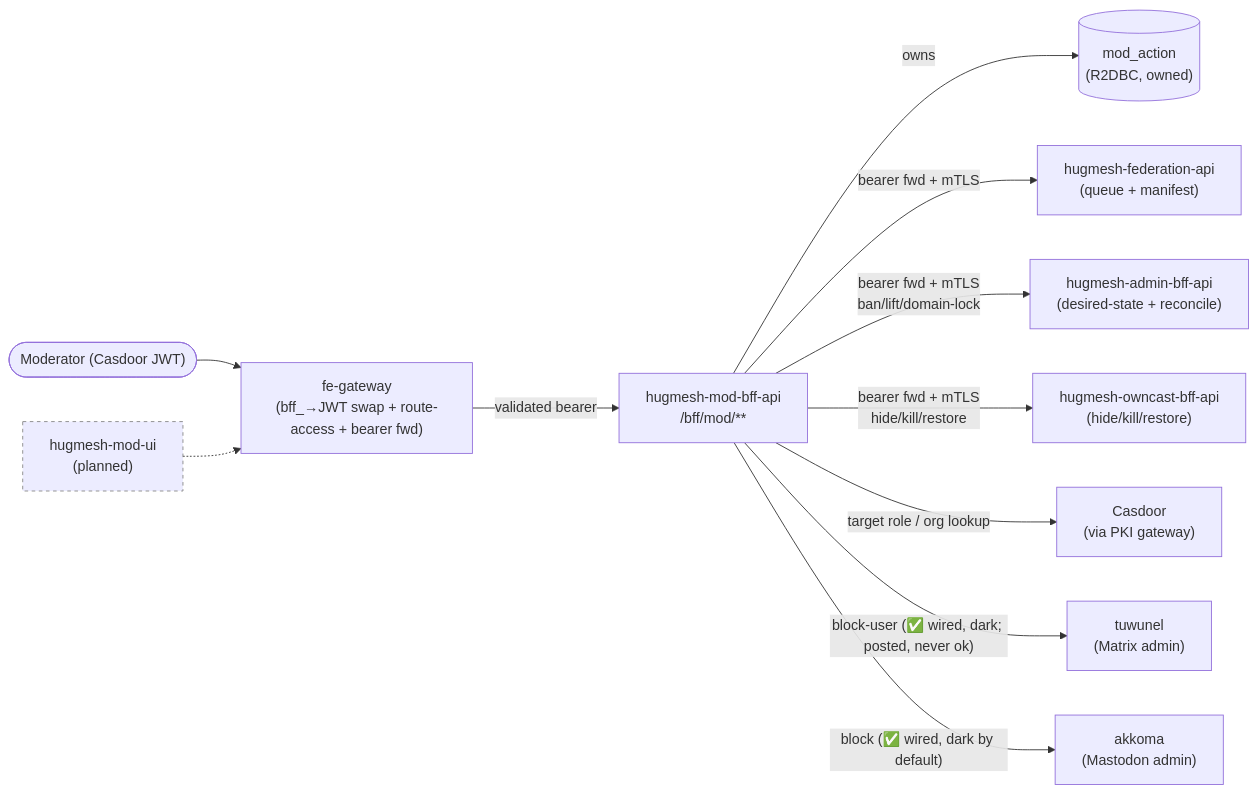
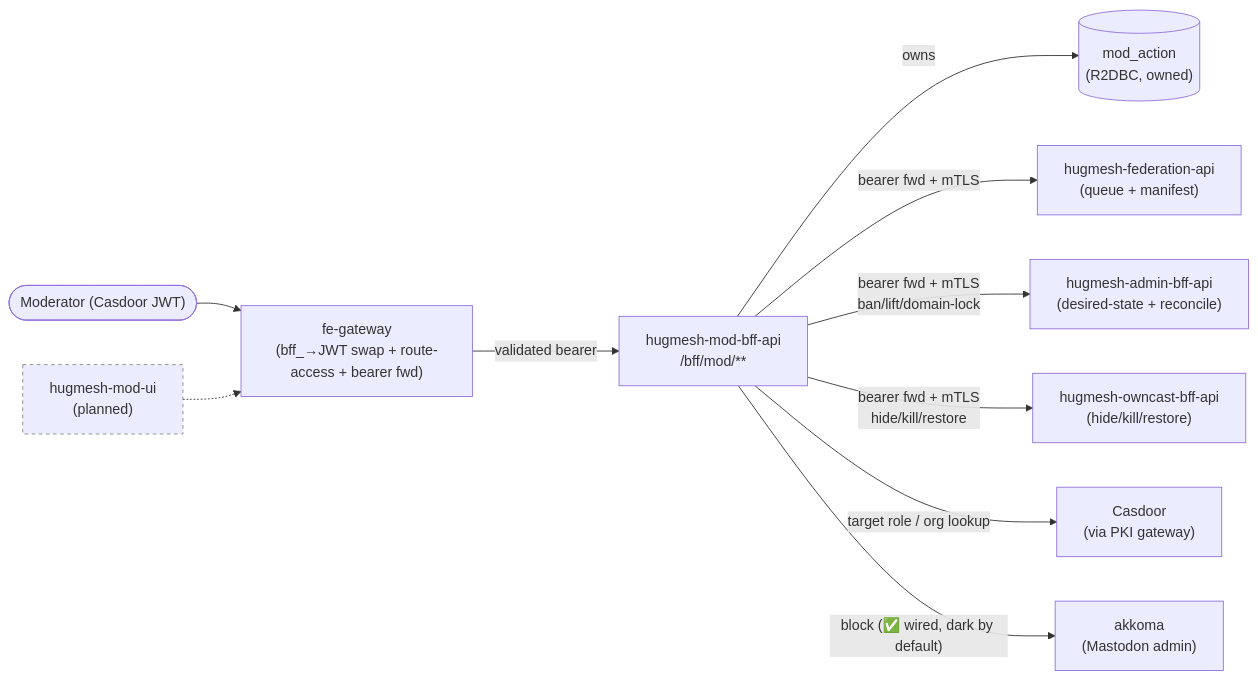
The first of 4 diagrams in README.md (hugmesh/hugmesh-mod-bff-api), drawn with Mermaid before and after one commit. The commit also changed other lines of this file and 8 other files, not shown here.

First line of the commit message:
Retire mod-bff's Matrix user-deactivate transport (decision 83b)

````diff
--- a/README.md
+++ b/README.md
@@ -64,28 +66,26 @@
 ```mermaid
 flowchart LR
     mod(["Moderator (Casdoor JWT)"])
     ui["hugmesh-mod-ui<br/>(planned)"]
     gw["fe-gateway<br/>(bff_→JWT swap + route-access + bearer fwd)"]
     bff["hugmesh-mod-bff-api<br/>/bff/mod/**"]
     audit[("mod_action<br/>(R2DBC, owned)")]
     fed["hugmesh-federation-api<br/>(queue + manifest)"]
     admin["hugmesh-admin-bff-api<br/>(desired-state + reconcile)"]
     owncast["hugmesh-owncast-bff-api<br/>(hide/kill/restore)"]
     casdoor["Casdoor<br/>(via PKI gateway)"]
-    matrix["tuwunel<br/>(Matrix admin)"]
     akkoma["akkoma<br/>(Mastodon admin)"]
 
     mod --> gw
     ui -.-> gw
     gw -->|"validated bearer"| bff
     bff -->|"owns"| audit
     bff -->|"bearer fwd + mTLS"| fed
     bff -->|"bearer fwd + mTLS<br/>ban/lift/domain-lock"| admin
     bff -->|"bearer fwd + mTLS<br/>hide/kill/restore"| owncast
     bff -->|"target role / org lookup"| casdoor
-    bff -->|"block-user (✅ wired, dark; posted, never ok)"| matrix
     bff -->|"block (✅ wired, dark by default)"| akkoma
 
     classDef planned stroke-dasharray:4,stroke:#888;
     class ui planned;
 ```
````
